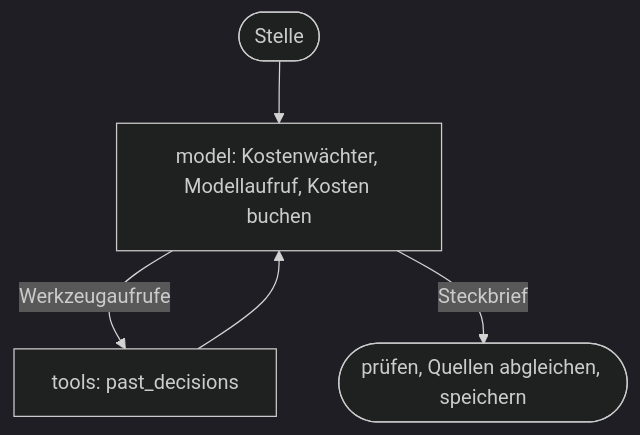
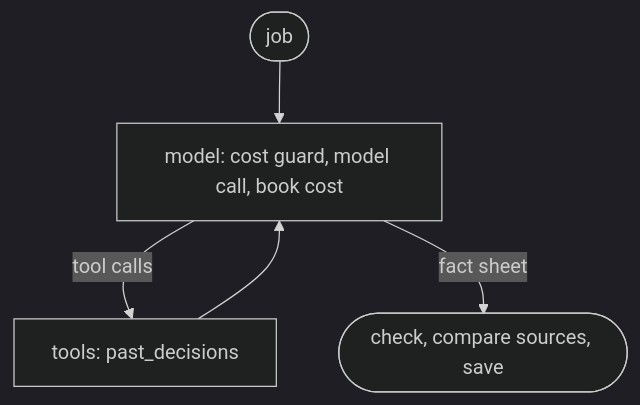
Before and after one commit to cheeezis/job_finder: the diagram in docs/development.md, drawn with Mermaid (dark theme). The commit also changed other lines of this file and 8 other files, not shown here.

````diff
--- a/docs/development.md
+++ b/docs/development.md
@@ -338,7 +333,7 @@
 ```mermaid
 graph TD
-    start([Stelle]) --> model[model: Kostenwächter, Modellaufruf, Kosten buchen]
-    model -- Werkzeugaufrufe --> tools[tools: past_decisions]
+    start([job]) --> model[model: cost guard, model call, book cost]
+    model -- tool calls --> tools[tools: past_decisions]
     tools --> model
-    model -- Steckbrief --> ende([prüfen, Quellen abgleichen, speichern])
+    model -- fact sheet --> finish([check, compare sources, save])
 ```
````
